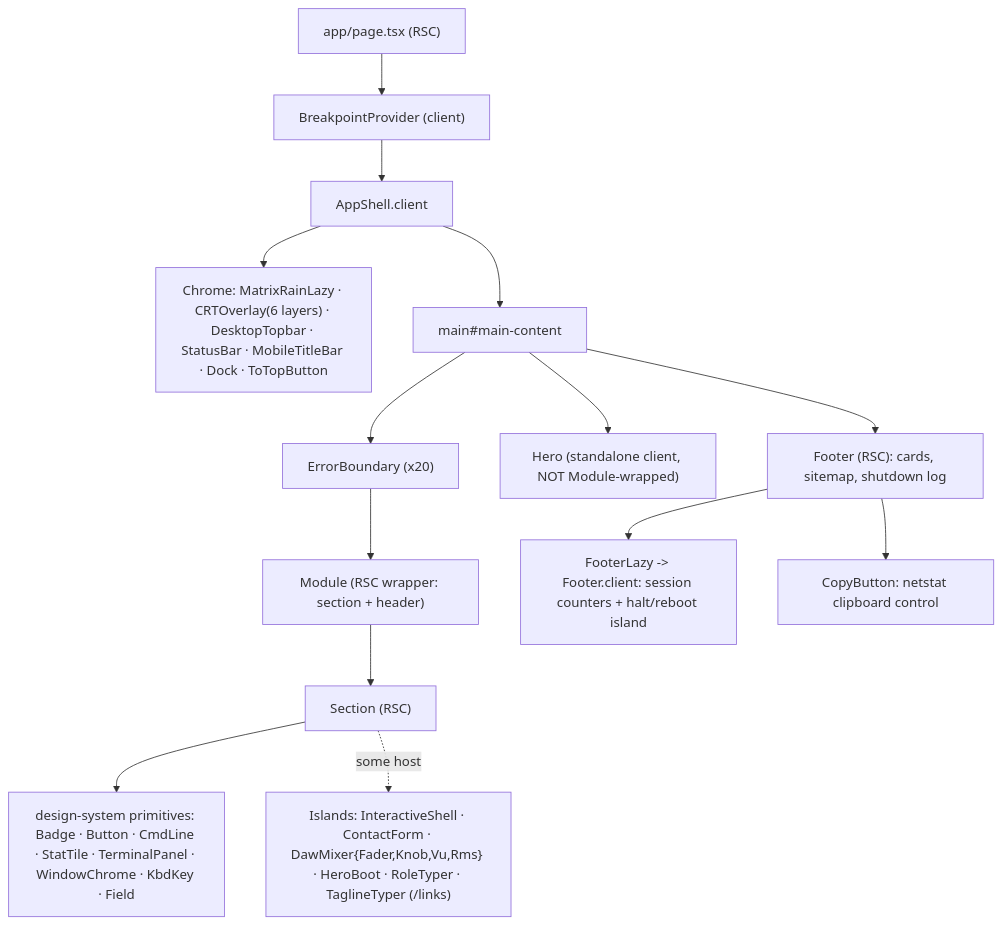
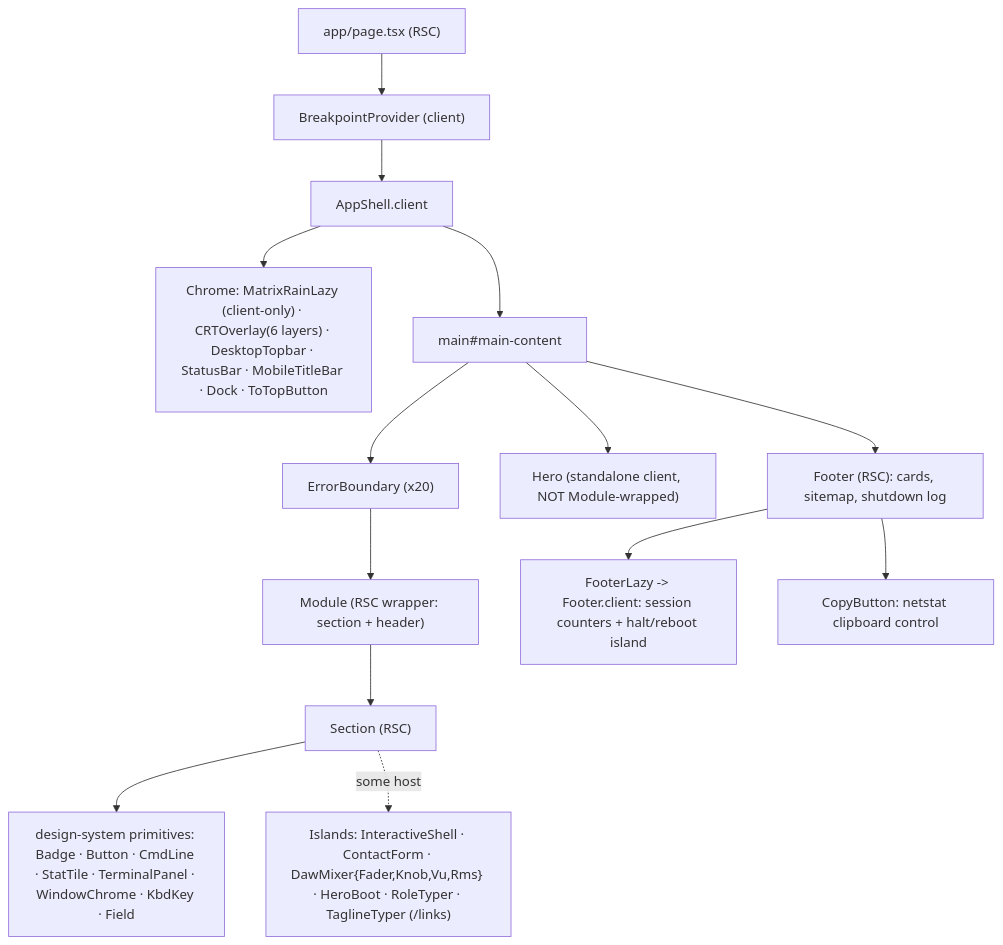
One commit to erikunha/portfolio changed the first of 2 diagrams in docs/04-components-and-state.md. Above: the diagram before and after it, drawn with Mermaid. The commit also changed 17 other files, not shown here.

````diff
--- a/docs/04-components-and-state.md
+++ b/docs/04-components-and-state.md
@@ -22,16 +22,16 @@
 ```mermaid
 flowchart TD
     page["app/page.tsx (RSC)"] --> bp["BreakpointProvider (client)"]
     bp --> shell["AppShell.client"]
-    shell --> chrome["Chrome: MatrixRainLazy · CRTOverlay(6 layers) · DesktopTopbar · StatusBar · MobileTitleBar · Dock · ToTopButton"]
+    shell --> chrome["Chrome: MatrixRainLazy (client-only) · CRTOverlay(6 layers) · DesktopTopbar · StatusBar · MobileTitleBar · Dock · ToTopButton"]
     shell --> main["main#main-content"]
     main --> eb["ErrorBoundary (x20)"]
     eb --> mod["Module (RSC wrapper: section + header)"]
     mod --> sec["Section (RSC)"]
     sec --> dsp["design-system primitives: Badge · Button · CmdLine · StatTile · TerminalPanel · WindowChrome · KbdKey · Field"]
     sec -. some host .-> isl["Islands: InteractiveShell · ContactForm · DawMixer{Fader,Knob,Vu,Rms} · HeroBoot · RoleTyper · TaglineTyper (/links)"]
     main --> hero["Hero (standalone client, NOT Module-wrapped)"]
     main --> fl["Footer (RSC): cards, sitemap, shutdown log"]
     fl --> fi["FooterLazy -> Footer.client: session counters + halt/reboot island"]
     fl --> fc["CopyButton: netstat clipboard control"]
 ```
````
